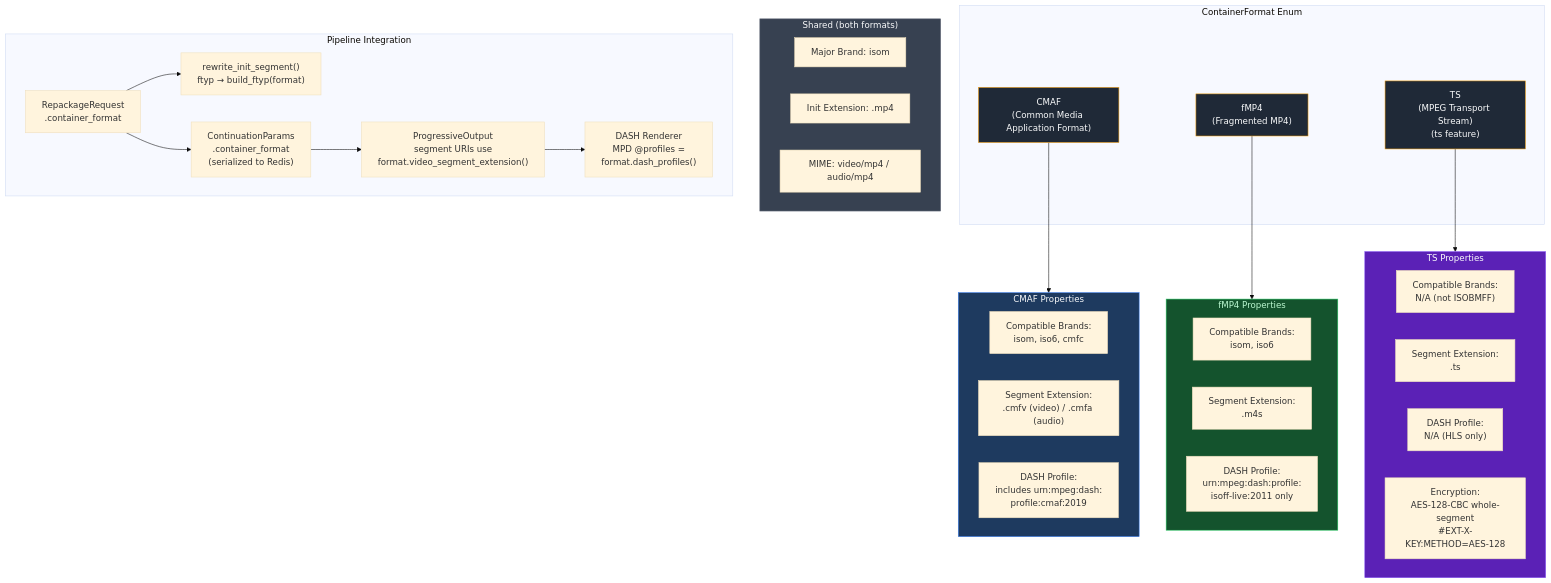
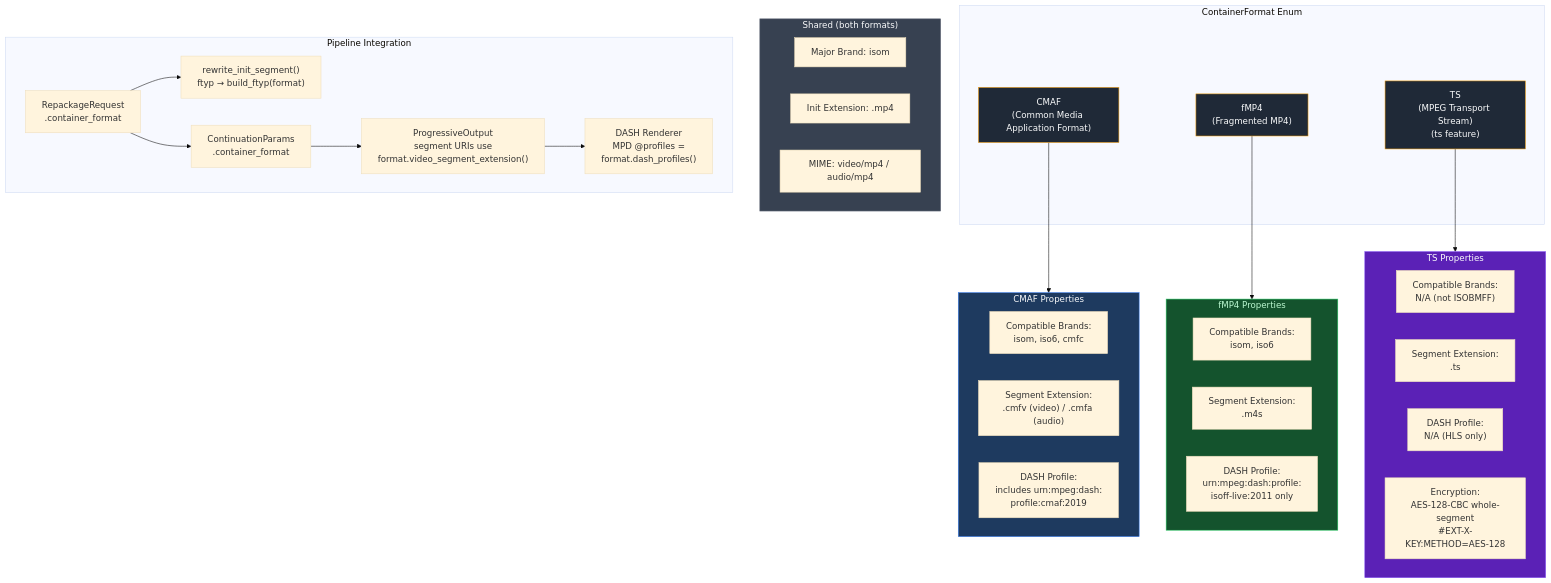
Before and after one commit to adrums86/edgepack: diagram 11 of 11 in docs/architecture.md, drawn with Mermaid (base theme). The commit also changed other lines of this file and 37 other files, not shown here.

````diff
--- a/docs/architecture.md
+++ b/docs/architecture.md
@@ -625,57 +579,57 @@
 ```mermaid
 graph TB
     subgraph ContainerFormat["ContainerFormat Enum"]
         CMAF["CMAF<br/>(Common Media Application Format)"]
         FMP4["fMP4<br/>(Fragmented MP4)"]
         TS["TS<br/>(MPEG Transport Stream)<br/>(ts feature)"]
     end
 
     subgraph CMAF_Props["CMAF Properties"]
         style CMAF_Props fill:#1E3A5F,stroke:#3B82F6,color:#F9FAFB
         CMAF_Brands["Compatible Brands:<br/>isom, iso6, cmfc"]
         CMAF_SegExt["Segment Extension:<br/>.cmfv (video) / .cmfa (audio)"]
         CMAF_Profile["DASH Profile:<br/>includes urn:mpeg:dash:<br/>profile:cmaf:2019"]
     end
 
     subgraph FMP4_Props["fMP4 Properties"]
         style FMP4_Props fill:#14532D,stroke:#22C55E,color:#BBF7D0
         FMP4_Brands["Compatible Brands:<br/>isom, iso6"]
         FMP4_SegExt["Segment Extension:<br/>.m4s"]
         FMP4_Profile["DASH Profile:<br/>urn:mpeg:dash:profile:<br/>isoff-live:2011 only"]
     end
 
     subgraph Shared["Shared (both formats)"]
         style Shared fill:#374151,stroke:#6B7280,color:#F9FAFB
         MajorBrand["Major Brand: isom"]
         InitExt["Init Extension: .mp4"]
         MIME["MIME: video/mp4 / audio/mp4"]
     end
 
     subgraph Pipeline["Pipeline Integration"]
         Req["RepackageRequest<br/>.container_format"]
         Init["rewrite_init_segment()<br/>ftyp → build_ftyp(format)"]
         Prog["ProgressiveOutput<br/>segment URIs use<br/>format.video_segment_extension()"]
         Dash["DASH Renderer<br/>MPD @profiles =<br/>format.dash_profiles()"]
-        Cont["ContinuationParams<br/>.container_format<br/>(serialized to Redis)"]
+        Cont["ContinuationParams<br/>.container_format"]
     end
 
     subgraph TS_Props["TS Properties"]
         style TS_Props fill:#5B21B6,stroke:#8B5CF6,color:#F9FAFB
         TS_Brands["Compatible Brands:<br/>N/A (not ISOBMFF)"]
         TS_SegExt["Segment Extension:<br/>.ts"]
         TS_Profile["DASH Profile:<br/>N/A (HLS only)"]
         TS_Enc["Encryption:<br/>AES-128-CBC whole-segment<br/>#EXT-X-KEY:METHOD=AES-128"]
     end
 
     CMAF --> CMAF_Props
     FMP4 --> FMP4_Props
     TS --> TS_Props
 
     Req --> Init
     Req --> Cont
     Cont --> Prog
     Prog --> Dash
 
     classDef enum fill:#1F2937,stroke:#F59E0B,color:#F9FAFB
     class CMAF,FMP4,TS enum
 ```
````
